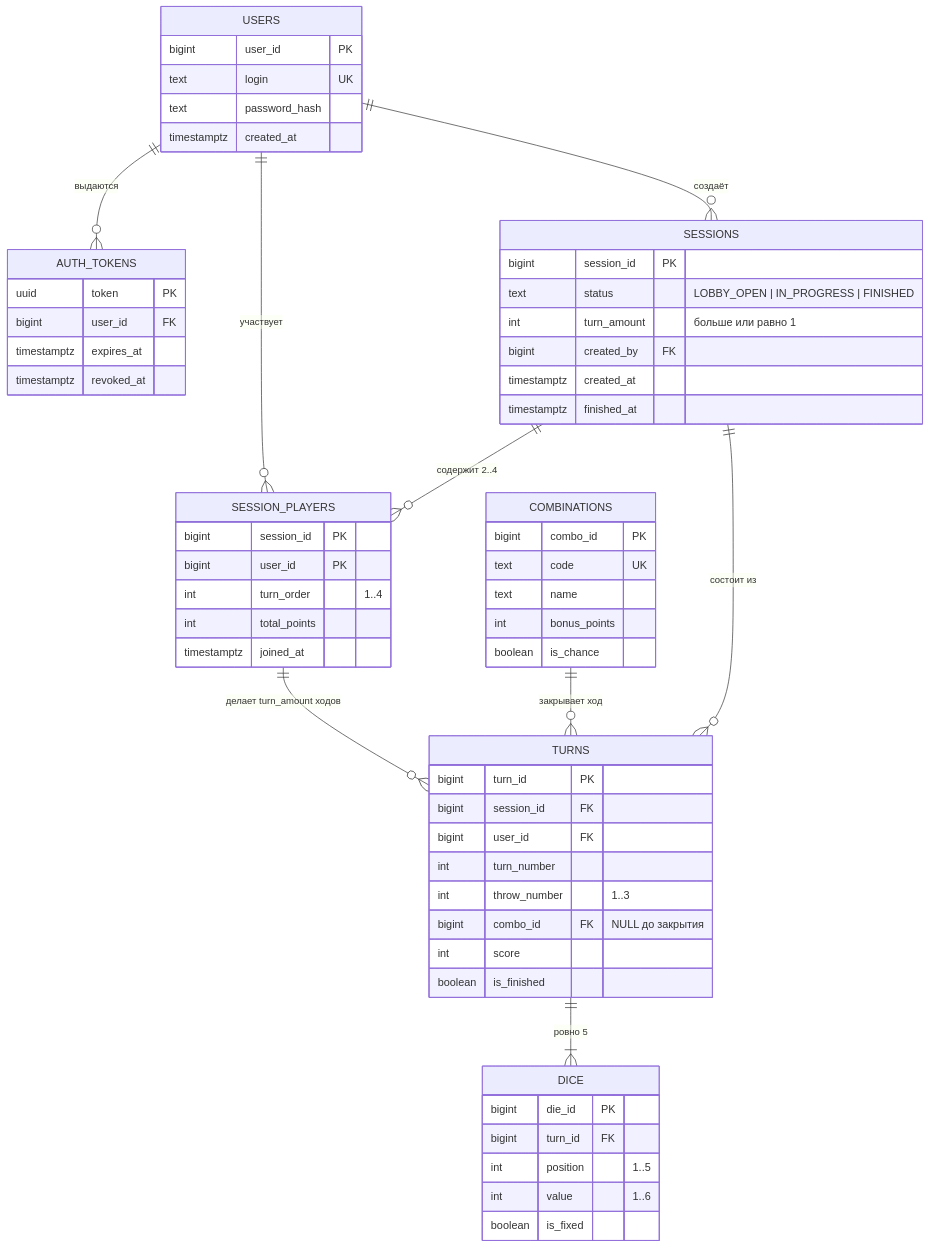
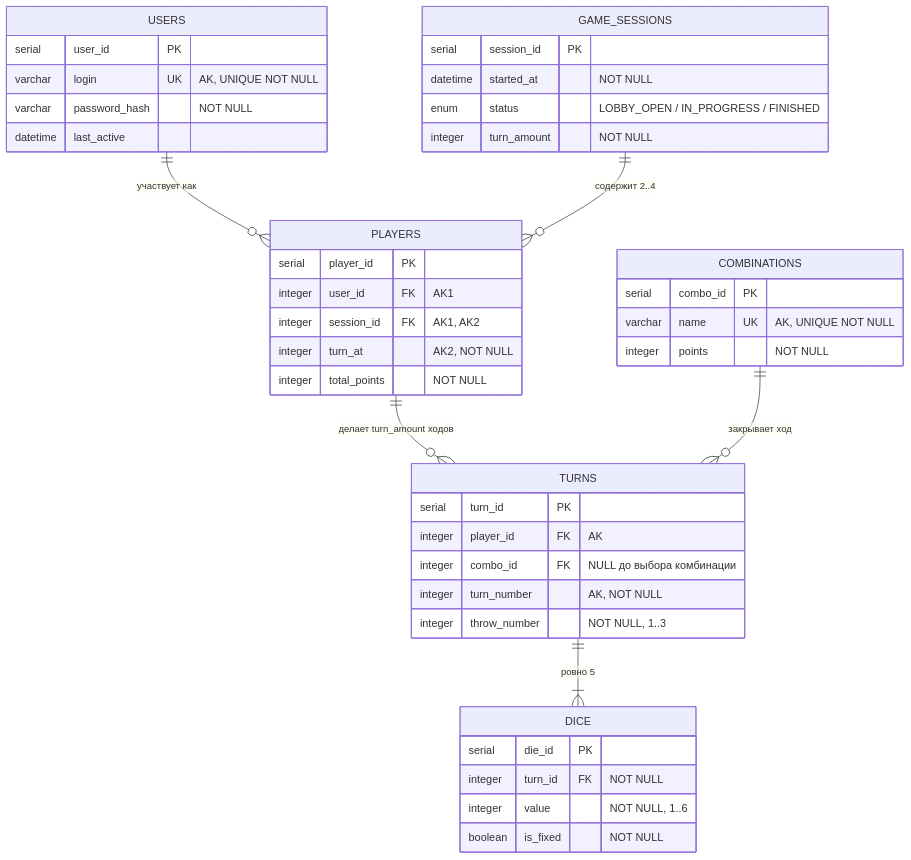
Before and after one commit to seventwogth/databases-itmo: the first of 3 diagrams in docs/sql-functions.md, drawn with Mermaid. The commit also changed other lines of this file and 2 other files, not shown here.

First line of the commit message:
docs: align SQL functions with real DB schema, add game rules

````diff
--- a/docs/sql-functions.md
+++ b/docs/sql-functions.md
@@ -18,63 +20,46 @@
 ```mermaid
 erDiagram
     USERS {
-        bigint user_id PK
-        text login UK
-        text password_hash
-        timestamptz created_at
+        serial user_id PK
+        varchar login UK "AK, UNIQUE NOT NULL"
+        varchar password_hash "NOT NULL"
+        datetime last_active
     }
-    AUTH_TOKENS {
-        uuid token PK
-        bigint user_id FK
-        timestamptz expires_at
-        timestamptz revoked_at
+    GAME_SESSIONS {
+        serial session_id PK
+        datetime started_at "NOT NULL"
+        enum status "LOBBY_OPEN / IN_PROGRESS / FINISHED"
+        integer turn_amount "NOT NULL"
     }
-    SESSIONS {
-        bigint session_id PK
-        text status "LOBBY_OPEN | IN_PROGRESS | FINISHED"
-        int turn_amount "больше или равно 1"
-        bigint created_by FK
-        timestamptz created_at
-        timestamptz finished_at
-    }
-    SESSION_PLAYERS {
-        bigint session_id PK
-        bigint user_id PK
-        int turn_order "1..4"
-        int total_points
-        timestamptz joined_at
+    PLAYERS {
+        serial player_id PK
+        integer user_id FK "AK1"
+        integer session_id FK "AK1, AK2"
+        integer turn_at "AK2, NOT NULL"
+        integer total_points "NOT NULL"
     }
     TURNS {
-        bigint turn_id PK
-        bigint session_id FK
-        bigint user_id FK
-        int turn_number
-        int throw_number "1..3"
-        bigint combo_id FK "NULL до закрытия"
-        int score
-        boolean is_finished
+        serial turn_id PK
+        integer player_id FK "AK"
+        integer combo_id FK "NULL до выбора комбинации"
+        integer turn_number "AK, NOT NULL"
+        integer throw_number "NOT NULL, 1..3"
     }
     DICE {
-        bigint die_id PK
-        bigint turn_id FK
-        int position "1..5"
-        int value "1..6"
-        boolean is_fixed
+        serial die_id PK
+        integer turn_id FK "NOT NULL"
+        integer value "NOT NULL, 1..6"
+        boolean is_fixed "NOT NULL"
     }
     COMBINATIONS {
-        bigint combo_id PK
-        text code UK
-        text name
-        int bonus_points
-        boolean is_chance
+        serial combo_id PK
+        varchar name UK "AK, UNIQUE NOT NULL"
+        integer points "NOT NULL"
     }
 
-    USERS ||--o{ AUTH_TOKENS : "выдаются"
-    USERS ||--o{ SESSION_PLAYERS : "участвует"
-    USERS ||--o{ SESSIONS : "создаёт"
-    SESSIONS ||--o{ SESSION_PLAYERS : "содержит 2..4"
-    SESSIONS ||--o{ TURNS : "состоит из"
-    SESSION_PLAYERS ||--o{ TURNS : "делает turn_amount ходов"
+    USERS ||--o{ PLAYERS : "участвует как"
+    GAME_SESSIONS ||--o{ PLAYERS : "содержит 2..4"
+    PLAYERS ||--o{ TURNS : "делает turn_amount ходов"
     TURNS ||--|{ DICE : "ровно 5"
     COMBINATIONS ||--o{ TURNS : "закрывает ход"
 ```
````
